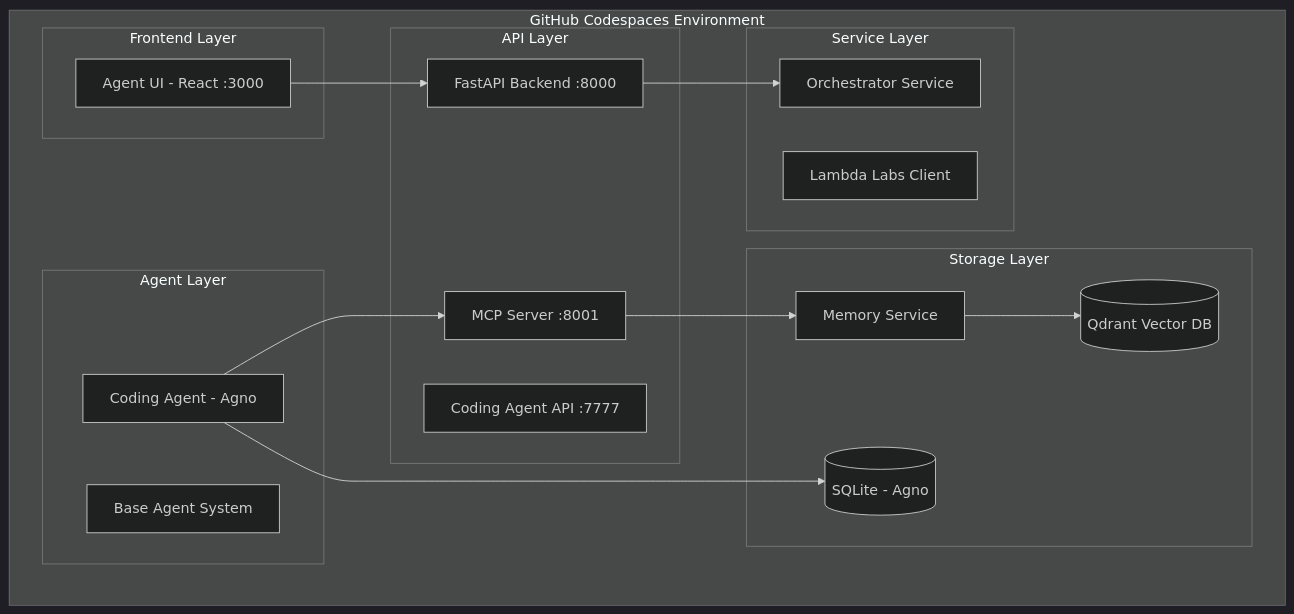
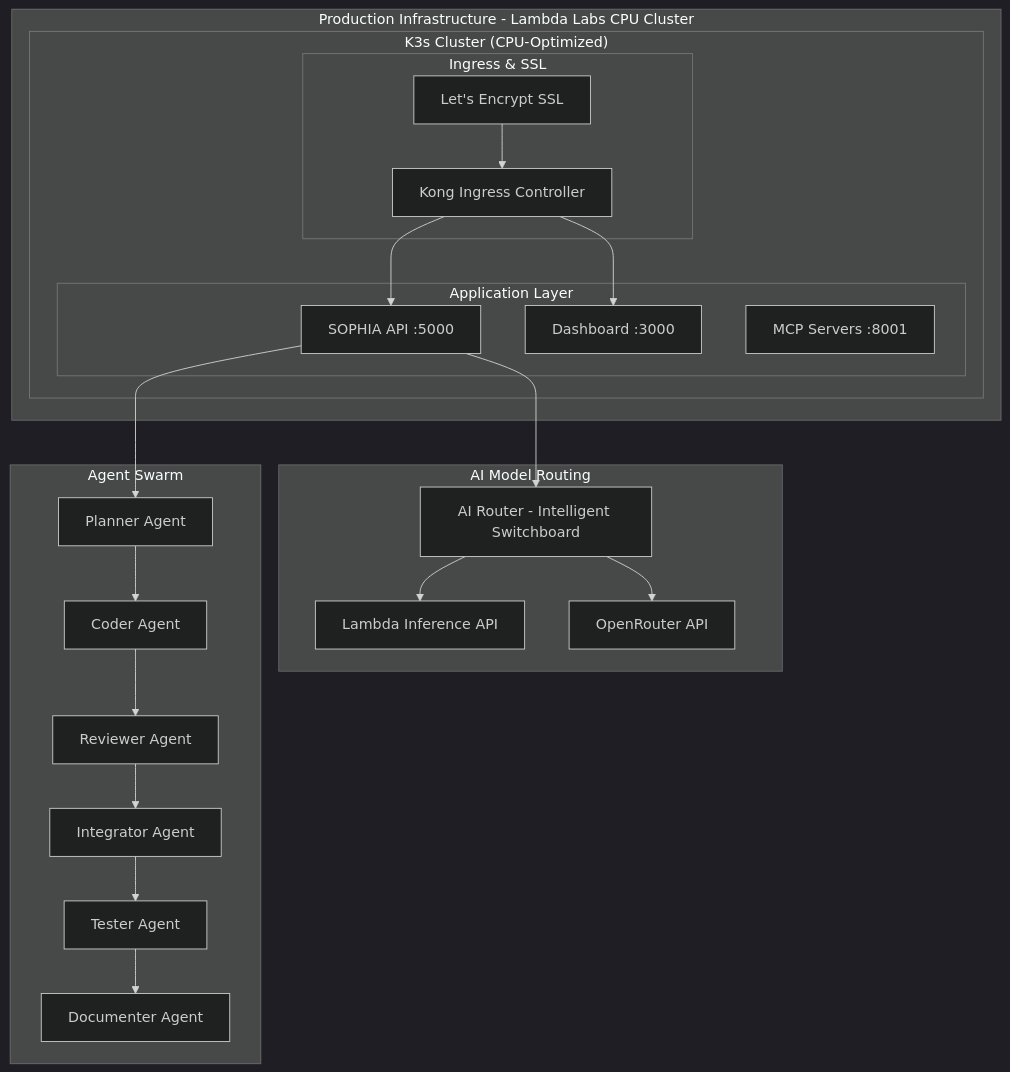
One commit to ai-cherry/sophia-intel-ai changed the diagram in README.md. Above: the diagram before and after it, drawn with Mermaid (dark theme). The commit also changed other lines of this file and 19 other files, not shown here.

First line of the commit message:
refactor(core): The Great Alignment to API-First, CPU-Only Strategy

````diff
--- a/README.md
+++ b/README.md
@@ -5,37 +9,46 @@
 ```mermaid
 graph TB
-    subgraph "GitHub Codespaces Environment"
-        subgraph "Frontend Layer"
-            UI[Agent UI - React :3000]
-        end
-        
-        subgraph "API Layer"
-            API[FastAPI Backend :8000]
-            MCP[MCP Server :8001]
-            AGENT[Coding Agent API :7777]
-        end
-        
-        subgraph "Service Layer"
-            ORCH[Orchestrator Service]
-            LAMBDA[Lambda Labs Client]
-        end
-        
-        subgraph "Agent Layer"
-            CODING[Coding Agent - Agno]
-            BASE[Base Agent System]
-        end
-        
-        subgraph "Storage Layer"
-            MEM[Memory Service]
-            QDRANT[(Qdrant Vector DB)]
-            SQLITE[(SQLite - Agno)]
+    subgraph "Production Infrastructure - Lambda Labs CPU Cluster"
+        subgraph "K3s Cluster (CPU-Optimized)"
+            subgraph "Application Layer"
+                API[SOPHIA API :5000]
+                DASH[Dashboard :3000]
+                MCP[MCP Servers :8001]
+            end
+            
+            subgraph "Ingress & SSL"
+                KONG[Kong Ingress Controller]
+                CERT[Let's Encrypt SSL]
+            end
         end
     end
     
-    UI --> API
-    API --> ORCH
-    MCP --> MEM
-    CODING --> MCP
-    CODING --> SQLITE
-    MEM --> QDRANT
+    subgraph "AI Model Routing"
+        ROUTER[AI Router - Intelligent Switchboard]
+        LAMBDA_API[Lambda Inference API]
+        OPENROUTER[OpenRouter API]
+    end
+    
+    subgraph "Agent Swarm"
+        PLANNER[Planner Agent]
+        CODER[Coder Agent]
+        REVIEWER[Reviewer Agent]
+        INTEGRATOR[Integrator Agent]
+        TESTER[Tester Agent]
+        DOCUMENTER[Documenter Agent]
+    end
+    
+    API --> ROUTER
+    ROUTER --> LAMBDA_API
+    ROUTER --> OPENROUTER
+    API --> PLANNER
+    PLANNER --> CODER
+    CODER --> REVIEWER
+    REVIEWER --> INTEGRATOR
+    INTEGRATOR --> TESTER
+    TESTER --> DOCUMENTER
+    
+    KONG --> API
+    KONG --> DASH
+    CERT --> KONG
 ```
````
